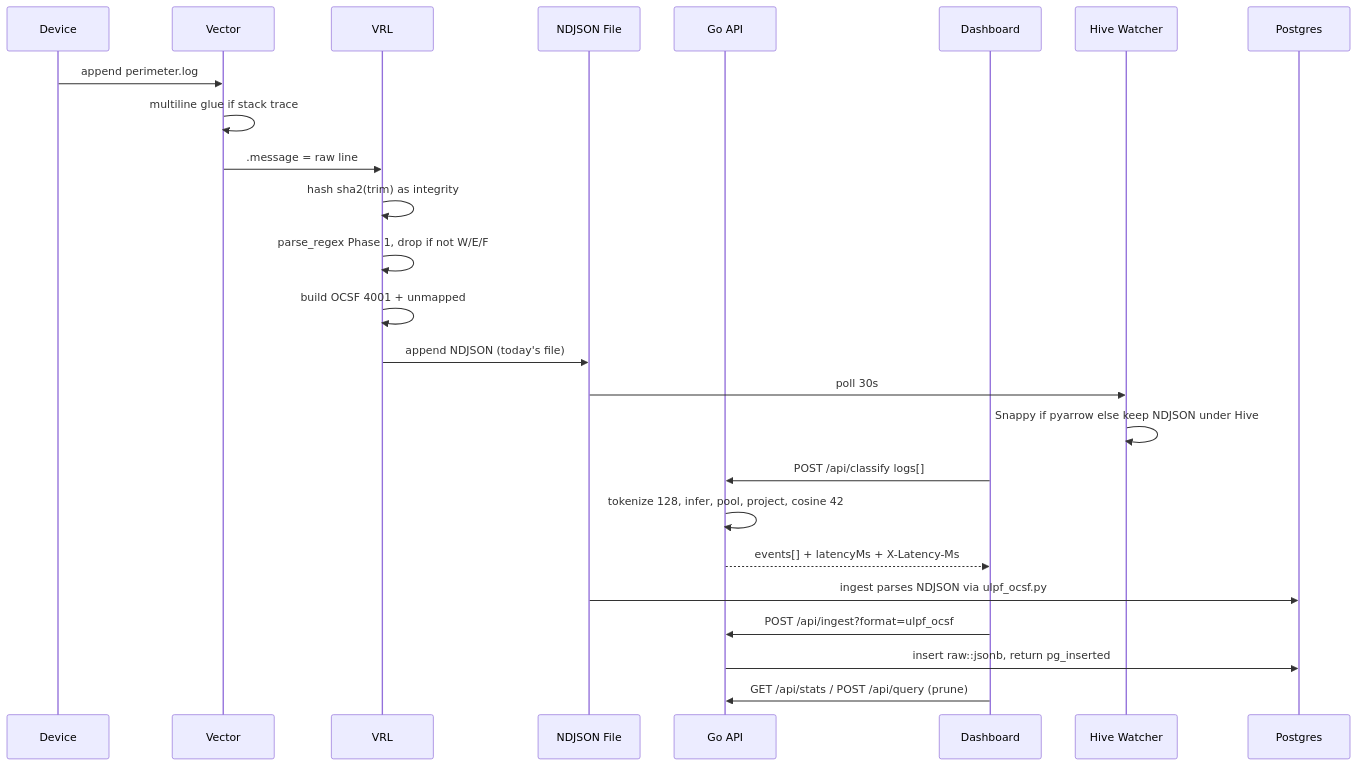
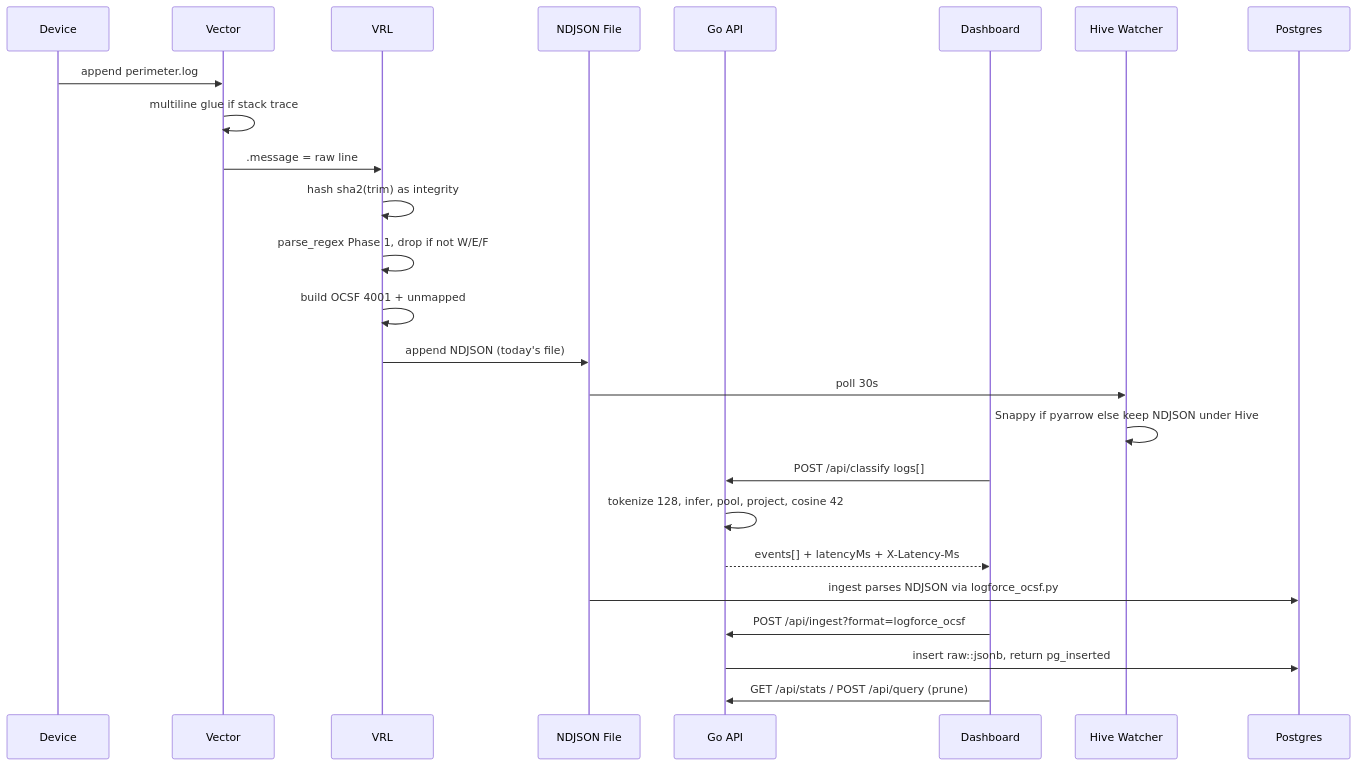
The second of 3 diagrams in docs/SYSTEM_ARCHITECTURE.md (LusterSourav/logforce), drawn with Mermaid before and after one commit. The commit also changed other lines of this file and 43 other files, not shown here.

````diff
--- a/docs/SYSTEM_ARCHITECTURE.md
+++ b/docs/SYSTEM_ARCHITECTURE.md
@@ -63,27 +63,27 @@
 ```mermaid
 sequenceDiagram
  participant D as Device
  participant V as Vector
  participant R as VRL
  participant F as NDJSON File
  participant A as Go API 
  participant U as Dashboard
  participant P as Hive Watcher
  participant S as Postgres
  D->>V: append perimeter.log
  V->>V: multiline glue if stack trace
  V->>R: .message = raw line
  R->>R: hash sha2(trim) as integrity
  R->>R: parse_regex Phase 1, drop if not W/E/F
  R->>R: build OCSF 4001 + unmapped
  R->>F: append NDJSON (today's file)
  F->>P: poll 30s
  P->>P: Snappy if pyarrow else keep NDJSON under Hive
  U->>A: POST /api/classify logs[]
  A->>A: tokenize 128, infer, pool, project, cosine 42
  A-->>U: events[] + latencyMs + X-Latency-Ms
- F->>S: ingest parses NDJSON via ulpf_ocsf.py
- U->>A: POST /api/ingest?format=ulpf_ocsf
+ F->>S: ingest parses NDJSON via logforce_ocsf.py
+ U->>A: POST /api/ingest?format=logforce_ocsf
  A->>S: insert raw::jsonb, return pg_inserted
  U->>A: GET /api/stats / POST /api/query (prune)
 ```
````
